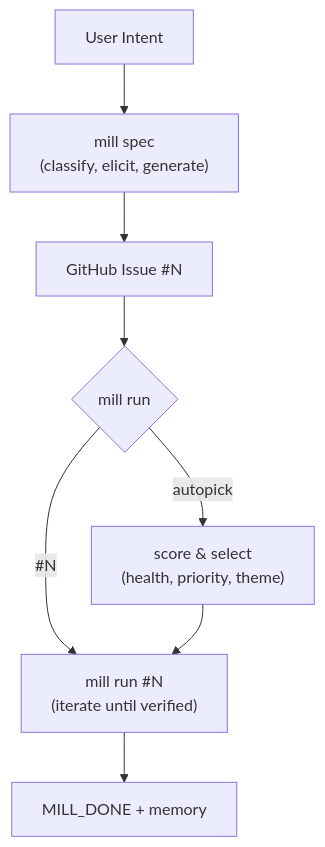
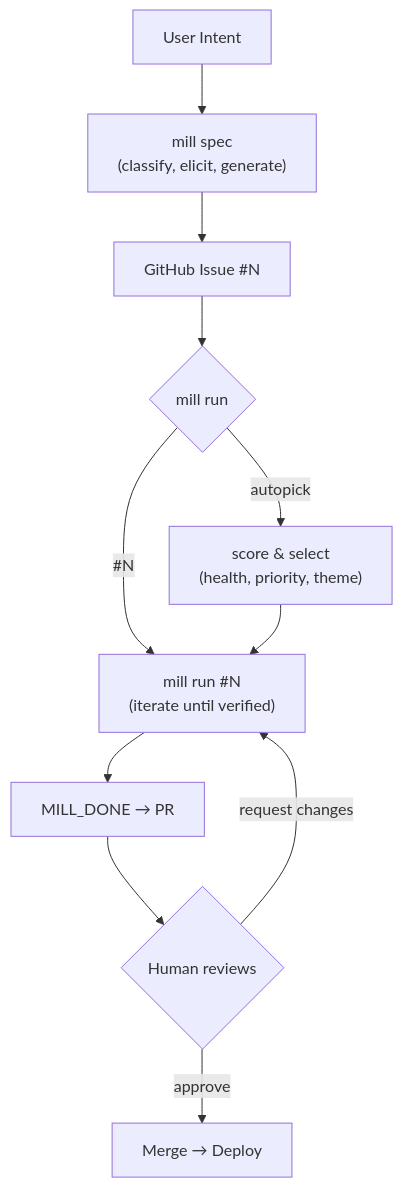
Before and after one commit to mindrevolution/mill: the diagram in AGENTS.md, drawn with Mermaid. The commit also changed other lines of this file and 1 other file, not shown here.

Commit message:
docs: add merge gate philosophy — humans own the merge button
- New README section explaining PRs as org-wide coordination points
- Add principle #6: humans control the flow, automation stops at the gate
- Update workflow diagram to show PR → human review → merge cycle

🤖 Claude

````diff
--- a/AGENTS.md
+++ b/AGENTS.md
@@ -88,10 +88,13 @@
 ```mermaid
 flowchart TD
     A[User Intent] --> B["mill spec<br>(classify, elicit, generate)"]
     B --> C["GitHub Issue #N"]
     C --> D{"mill run"}
     D -->|"#N"| E["mill run #N<br>(iterate until verified)"]
     D -->|"autopick"| F["score & select<br>(health, priority, theme)"]
     F --> E
-    E --> G[MILL_DONE + memory]
+    E --> G[MILL_DONE → PR]
+    G --> H{Human reviews}
+    H -->|approve| I[Merge → Deploy]
+    H -->|request changes| E
 ```
````
